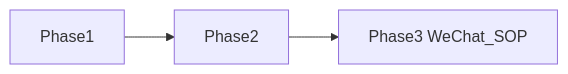
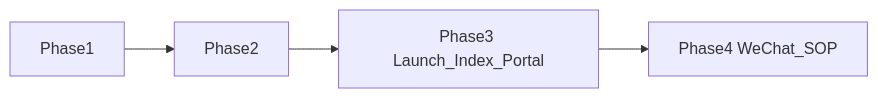
The diagram in docs/specs/01-phase-list.md (zmisi/rag-as-service), drawn with Mermaid before and after one commit. The commit also changed other lines of this file and 35 other files, not shown here.

````diff
--- a/docs/specs/01-phase-list.md
+++ b/docs/specs/01-phase-list.md
@@ -11,5 +13,6 @@
 ```mermaid
 flowchart LR
   P1[Phase1] --> P2[Phase2]
-  P2 --> P3[Phase3 WeChat_SOP]
+  P2 --> P3[Phase3 Launch_Index_Portal]
+  P3 --> P4[Phase4 WeChat_SOP]
 ```
````
